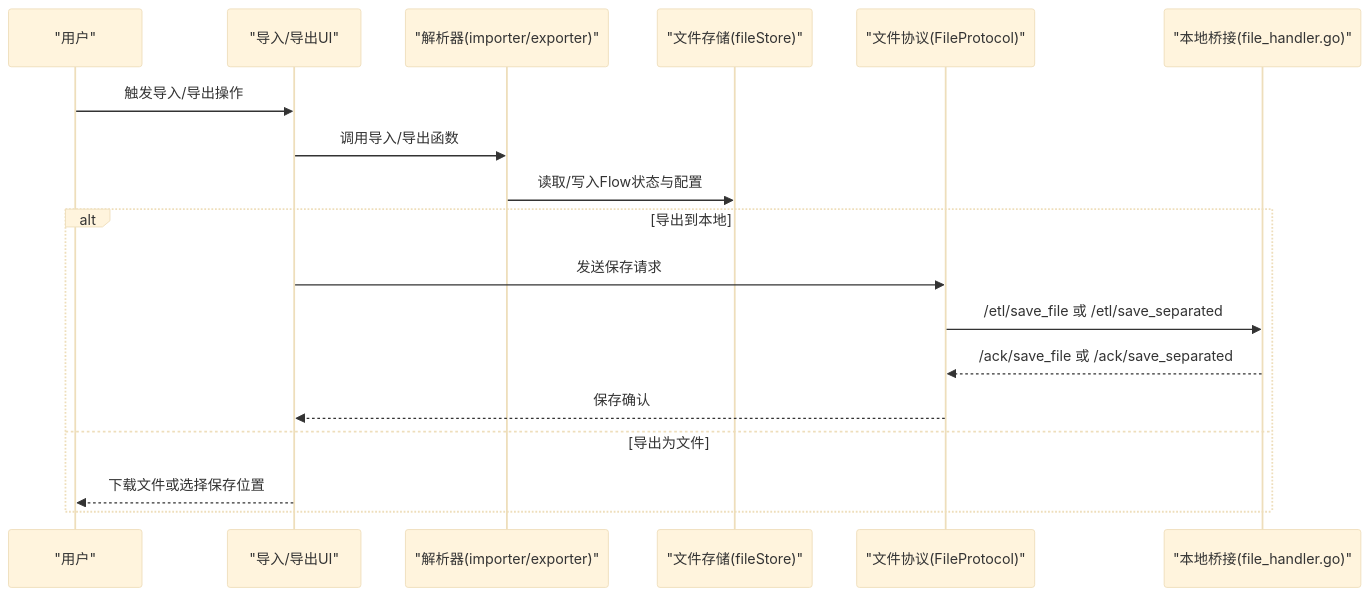
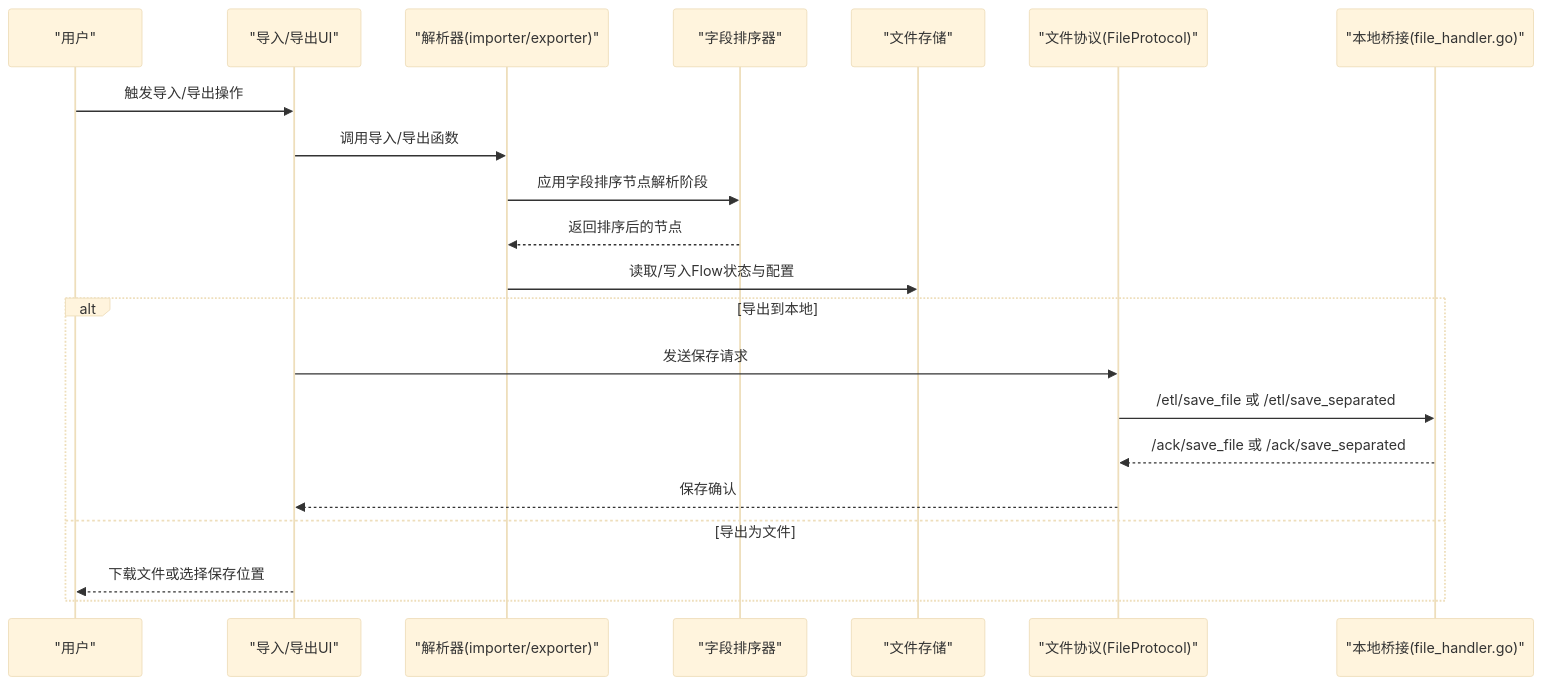
Before and after one commit to kqcoxn/MaaPipelineEditor: the second of 9 diagrams in .qoder/repowiki/zh/content/导入导出系统/导入导出系统.md, drawn with Mermaid (base theme). The commit also changed other lines of this file and 22 other files, not shown here.

````diff
--- a/.qoder/repowiki/zh/content/导入导出系统/导入导出系统.md
+++ b/.qoder/repowiki/zh/content/导入导出系统/导入导出系统.md
@@ -137,20 +167,23 @@
 ```mermaid
 sequenceDiagram
 participant User as "用户"
 participant UI as "导入/导出UI"
 participant Parser as "解析器(importer/exporter)"
-participant Store as "文件存储(fileStore)"
+participant Sorter as "字段排序器"
+participant Store as "文件存储"
 participant Proto as "文件协议(FileProtocol)"
 participant Bridge as "本地桥接(file_handler.go)"
 User->>UI : 触发导入/导出操作
 UI->>Parser : 调用导入/导出函数
+Parser->>Sorter : 应用字段排序节点解析阶段
+Sorter-->>Parser : 返回排序后的节点
 Parser->>Store : 读取/写入Flow状态与配置
 alt 导出到本地
 UI->>Proto : 发送保存请求
 Proto->>Bridge : /etl/save_file 或 /etl/save_separated
 Bridge-->>Proto : /ack/save_file 或 /ack/save_separated
 Proto-->>UI : 保存确认
 else 导出为文件
 UI-->>User : 下载文件或选择保存位置
 end
 ```
````
